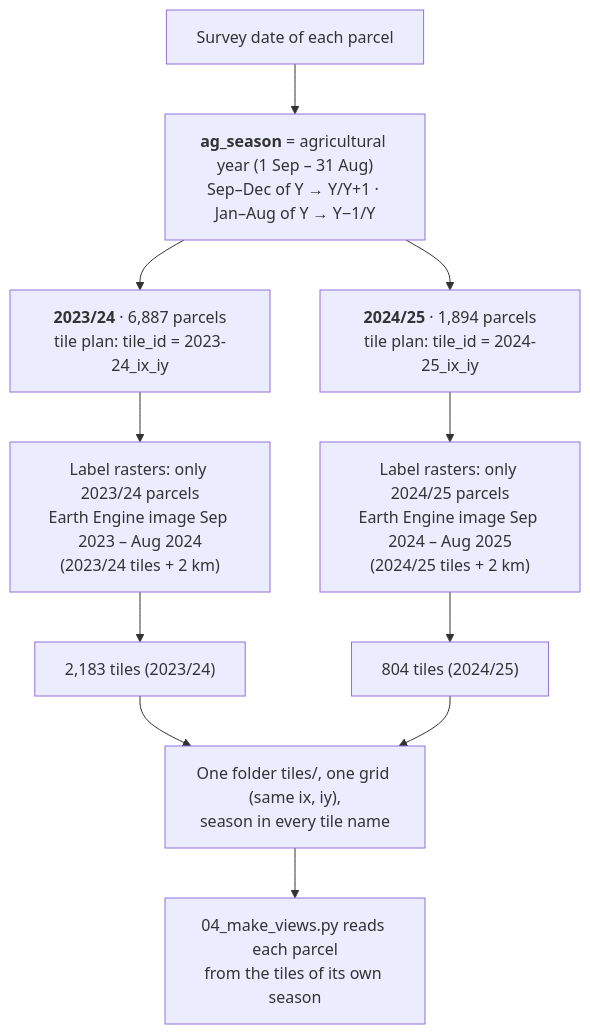
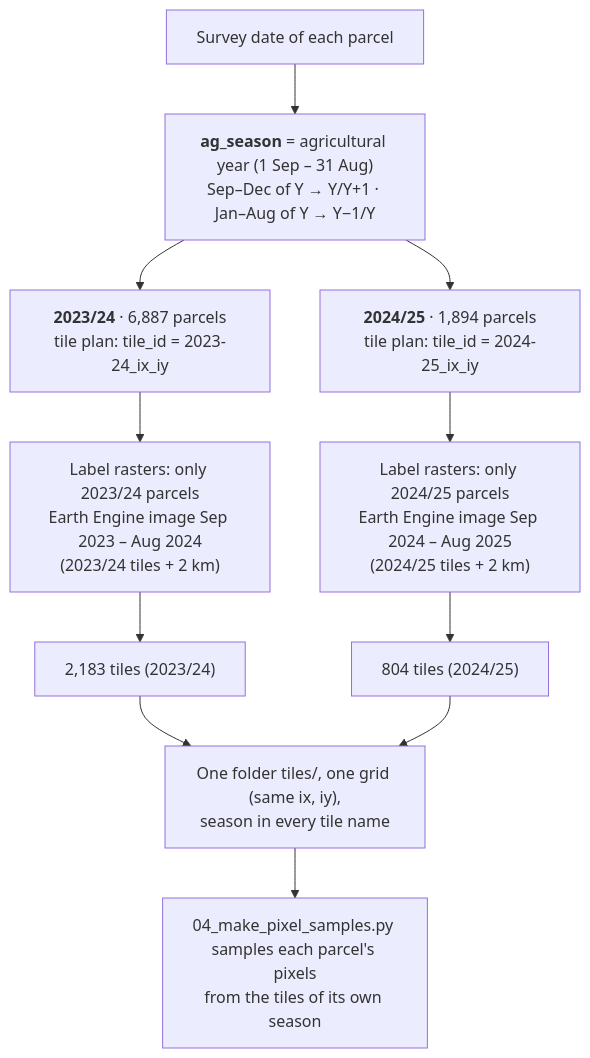
One commit to amanchry/irrimapping-geofm changed the fifth of 10 diagrams in docs/phase1_data/morocco.md. Above: the diagram before and after it, drawn with Mermaid. The commit also changed other lines of this file and 56 other files, not shown here.

Commit message:
Docs updated to the pixel-wise study; parcel-wise pages archived Progress report, change log, week 2026-W47

````diff
--- a/docs/phase1_data/morocco.md
+++ b/docs/phase1_data/morocco.md
@@ -330,13 +338,13 @@
 ```mermaid
 flowchart TD
     A["Survey date of each parcel"] --> B["<b>ag_season</b> = agricultural year (1 Sep – 31 Aug)<br/>Sep–Dec of Y → Y/Y+1 · Jan–Aug of Y → Y−1/Y"]
     B --> P1["<b>2023/24</b> · 6,887 parcels<br/>tile plan: tile_id = 2023-24_ix_iy"]
     B --> P2["<b>2024/25</b> · 1,894 parcels<br/>tile plan: tile_id = 2024-25_ix_iy"]
     P1 --> X1["Label rasters: only 2023/24 parcels<br/>Earth Engine image Sep 2023 – Aug 2024<br/>(2023/24 tiles + 2 km)"]
     P2 --> X2["Label rasters: only 2024/25 parcels<br/>Earth Engine image Sep 2024 – Aug 2025<br/>(2024/25 tiles + 2 km)"]
     X1 --> T1["2,183 tiles (2023/24)"]
     X2 --> T2["804 tiles (2024/25)"]
     T1 --> S["One folder tiles/, one grid (same ix, iy),<br/>season in every tile name"]
     T2 --> S
-    S --> V["04_make_views.py reads each parcel<br/>from the tiles of its own season"]
+    S --> V["04_make_pixel_samples.py samples each parcel's pixels<br/>from the tiles of its own season"]
 ```
````
